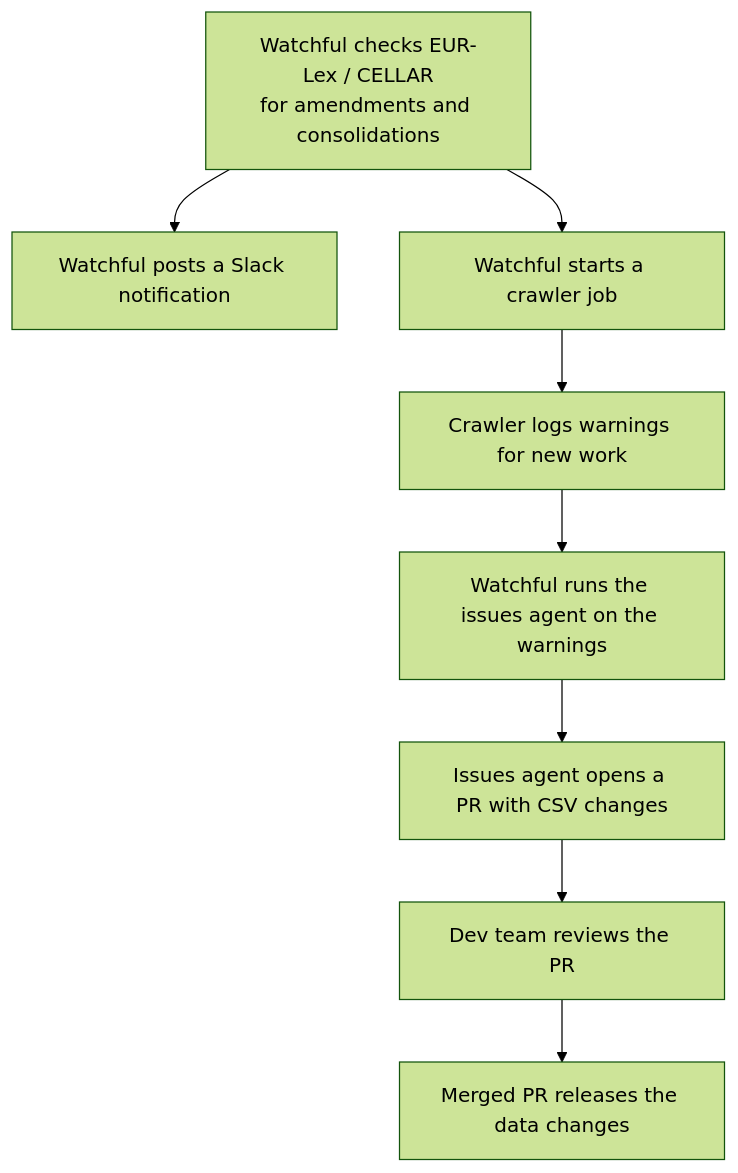
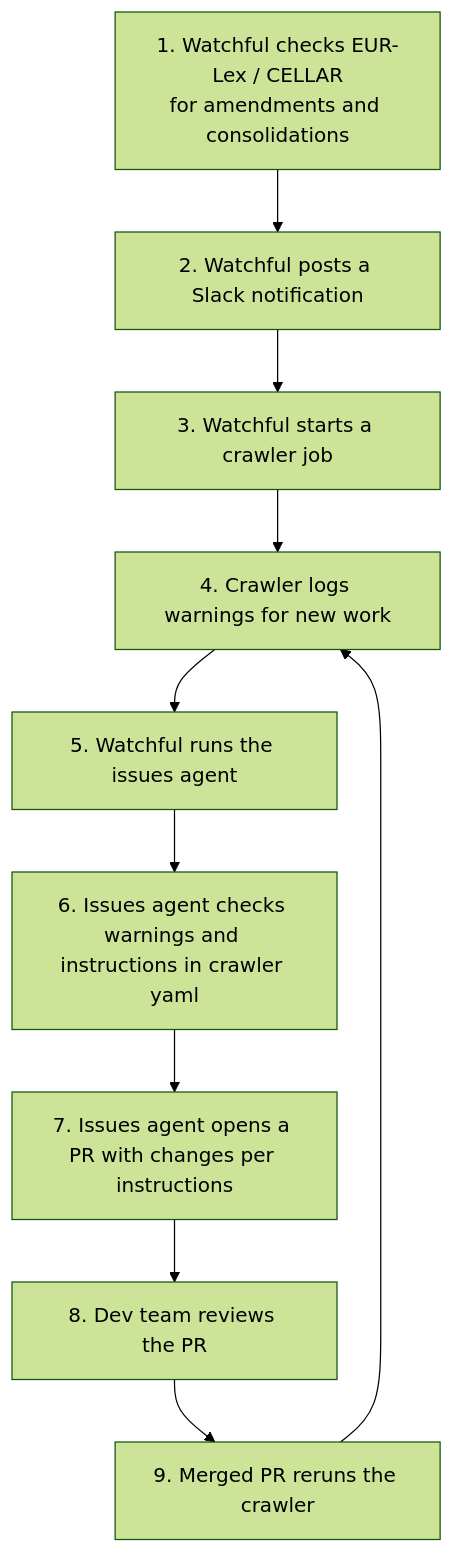
The diagram in zavod/docs/eu_journal_sanctions.md (opensanctions/opensanctions), drawn with Mermaid (forest theme) before and after one commit. The commit also changed other lines of this file and 1 other file, not shown here.

````diff
--- a/zavod/docs/eu_journal_sanctions.md
+++ b/zavod/docs/eu_journal_sanctions.md
@@ -11,10 +13,13 @@
 ```mermaid
 flowchart TD
-    A[Watchful checks EUR-Lex / CELLAR<br>for amendments and consolidations] --> B[Watchful posts a Slack notification]
-    A --> C[Watchful starts a crawler job]
-    C --> D[Crawler logs warnings for new work]
-    D --> E[Watchful runs the issues agent on the warnings]
-    E --> F[Issues agent opens a PR with CSV changes]
-    F --> G[Dev team reviews the PR]
-    G --> H[Merged PR releases the data changes]
+    A["1. Watchful checks EUR-Lex / CELLAR<br>for amendments and consolidations"]
+    A --> B["2. Watchful posts a Slack notification"]
+    B --> C["3. Watchful starts a crawler job"]
+    C --> D["4. Crawler logs warnings for new work"]
+    D --> E["5. Watchful runs the issues agent"]
+    E --> F["6. Issues agent checks warnings and instructions in crawler yaml"]
+    F --> G["7. Issues agent opens a PR with changes per instructions"]
+    G --> H["8. Dev team reviews the PR"]
+    H --> I["9. Merged PR reruns the crawler"]
+    I --> D
 ```
````
